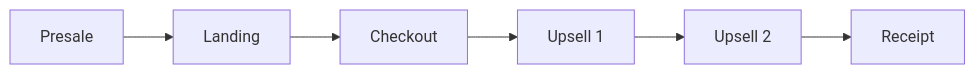
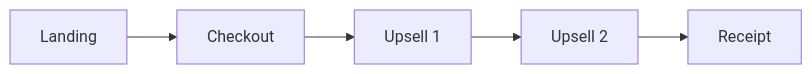
Before and after one commit to 29next/developer-docs: the first of 2 diagrams in docs/campaigns/index.md, drawn with Mermaid. The commit also changed other lines of this file, not shown here.

````diff
--- a/docs/campaigns/index.md
+++ b/docs/campaigns/index.md
@@ -60,4 +60,4 @@
 ```mermaid
 graph LR
-    A[Presale] --> B[Landing] --> C[Checkout] --> D[Upsell 1] --> E[Upsell 2] --> F[Receipt]
+    A[Landing] --> C[Checkout] --> D[Upsell 1] --> E[Upsell 2] --> F[Receipt]
 ```
````
